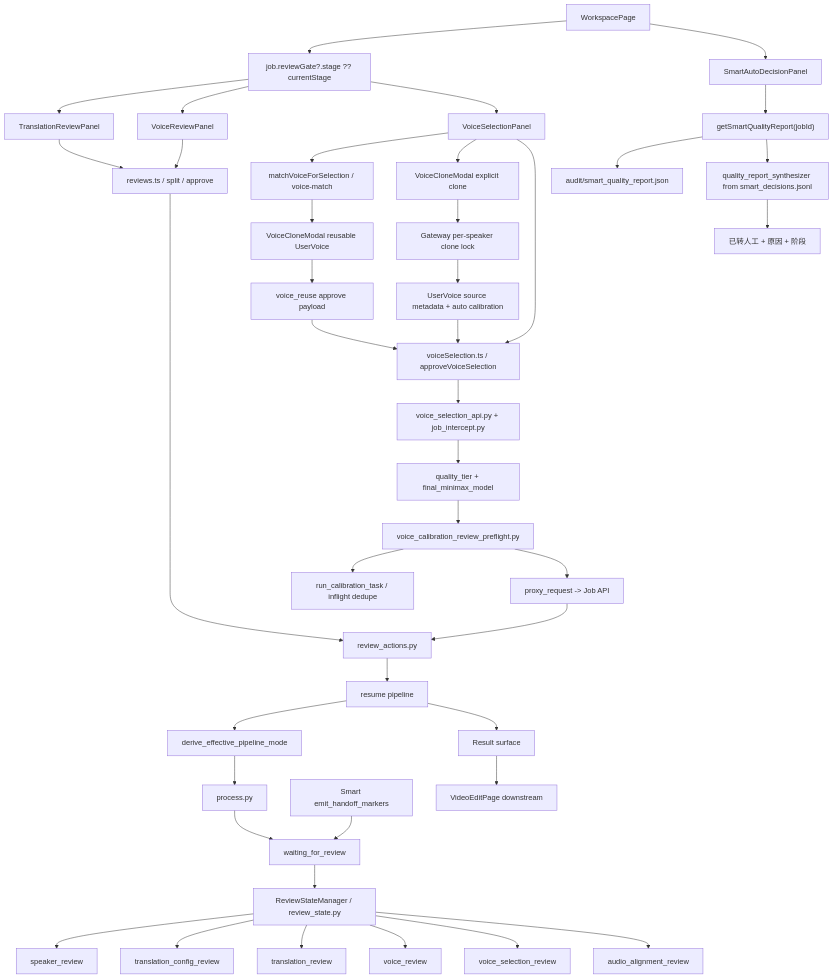
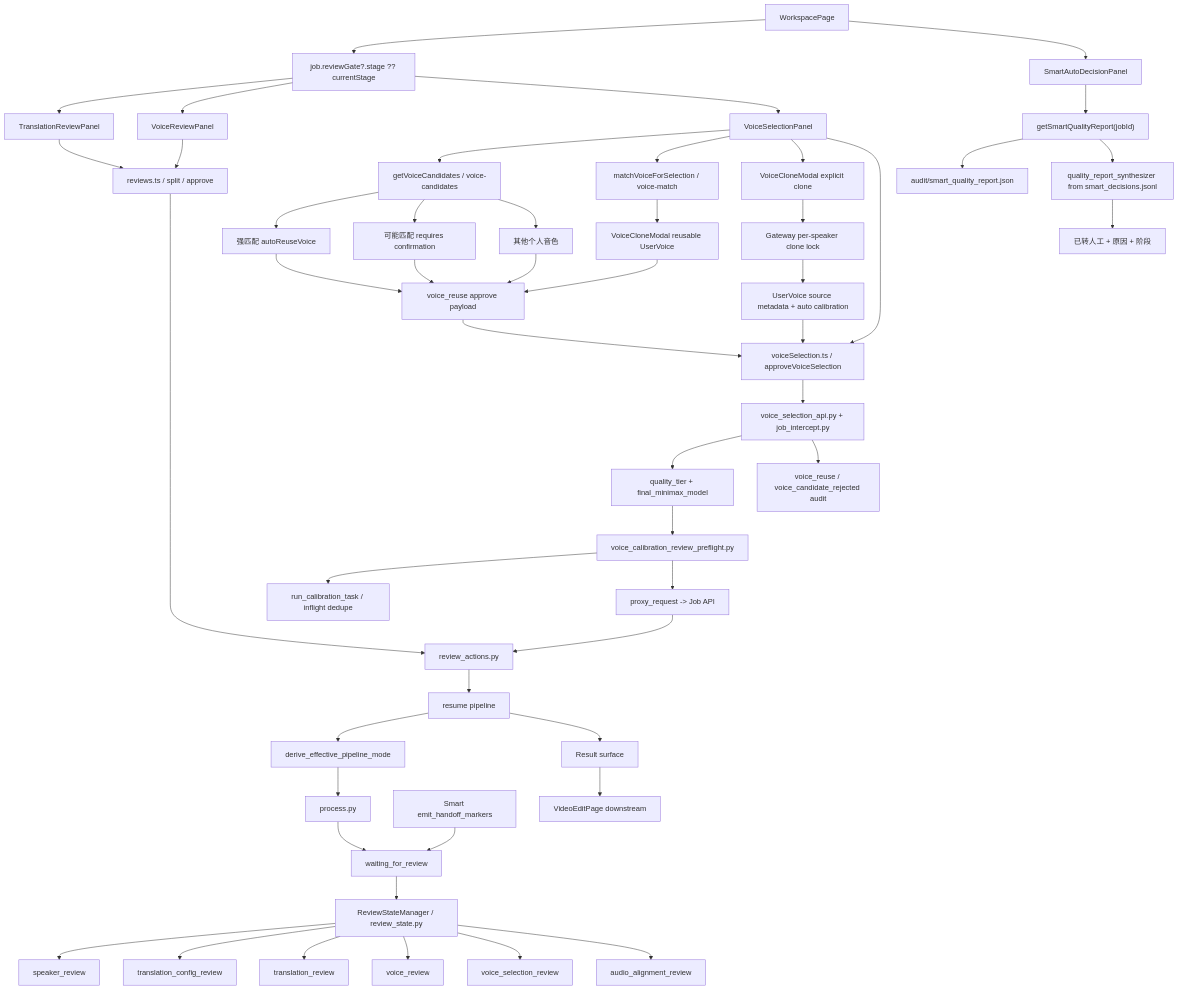
The diagram in docs/graphs/GITNEXUS_REVIEW_GRAPH.md (sun9bear/AITransVideo), drawn with Mermaid before and after one commit. The commit also changed other lines of this file and 8 other files, not shown here.

Commit message:
docs: refresh GitNexus project graphs

````diff
--- a/docs/graphs/GITNEXUS_REVIEW_GRAPH.md
+++ b/docs/graphs/GITNEXUS_REVIEW_GRAPH.md
@@ -18,50 +18,58 @@
 ```mermaid
 graph TD
     Pipeline["process.py"] --> Pending["waiting_for_review"]
     SmartHandoff["Smart emit_handoff_markers"] --> Pending
     Pending --> ReviewState["ReviewStateManager / review_state.py"]
 
     ReviewState --> Speaker["speaker_review"]
     ReviewState --> Config["translation_config_review"]
     ReviewState --> Translation["translation_review"]
     ReviewState --> Voice["voice_review"]
     ReviewState --> VoiceSelect["voice_selection_review"]
     ReviewState --> AudioAlign["audio_alignment_review"]
 
     Workspace["WorkspacePage"] --> Gate["job.reviewGate?.stage ?? currentStage"]
     Gate --> TranslationPanel["TranslationReviewPanel"]
     Gate --> VoicePanel["VoiceReviewPanel"]
     Gate --> VoiceSelectPanel["VoiceSelectionPanel"]
     Workspace --> SmartPanel["SmartAutoDecisionPanel"]
 
     SmartPanel --> QualityApi["getSmartQualityReport(jobId)"]
     QualityApi --> QualityFile["audit/smart_quality_report.json"]
     QualityApi --> Synth["quality_report_synthesizer from smart_decisions.jsonl"]
     Synth --> HandoffView["已转人工 + 原因 + 阶段"]
 
     TranslationPanel --> ReviewApi["reviews.ts / split / approve"]
     VoicePanel --> ReviewApi
     ReviewApi --> ReviewActions["review_actions.py"]
 
+    VoiceSelectPanel --> CandidateApi["getVoiceCandidates / voice-candidates"]
+    CandidateApi --> StrongReuse["强匹配 autoReuseVoice"]
+    CandidateApi --> PossibleCandidates["可能匹配 requires confirmation"]
+    CandidateApi --> OtherPersonal["其他个人音色"]
+    StrongReuse --> ReuseApprove["voice_reuse approve payload"]
+    PossibleCandidates --> ReuseApprove
+    OtherPersonal --> ReuseApprove
     VoiceSelectPanel --> VoiceMatch["matchVoiceForSelection / voice-match"]
     VoiceMatch --> ReuseCard["VoiceCloneModal reusable UserVoice"]
-    ReuseCard --> ReuseApprove["voice_reuse approve payload"]
+    ReuseCard --> ReuseApprove
     VoiceSelectPanel --> CloneModal["VoiceCloneModal explicit clone"]
     CloneModal --> CloneLock["Gateway per-speaker clone lock"]
     CloneLock --> CloneResult["UserVoice source metadata + auto calibration"]
     VoiceSelectPanel --> VoiceApi["voiceSelection.ts / approveVoiceSelection"]
     ReuseApprove --> VoiceApi
     CloneResult --> VoiceApi
     VoiceApi --> VoiceGateway["voice_selection_api.py + job_intercept.py"]
     VoiceGateway --> QualitySync["quality_tier + final_minimax_model"]
+    VoiceGateway --> CandidateAudit["voice_reuse / voice_candidate_rejected audit"]
     QualitySync --> Preflight["voice_calibration_review_preflight.py"]
     Preflight --> CalibTask["run_calibration_task / inflight dedupe"]
     Preflight --> Proxy["proxy_request -> Job API"]
     Proxy --> ReviewActions
 
     ReviewActions --> Resume["resume pipeline"]
     Resume --> EffectiveMode["derive_effective_pipeline_mode"]
     EffectiveMode --> Pipeline
     Resume --> Result["Result surface"]
     Result --> Edit["VideoEditPage downstream"]
 ```
````
